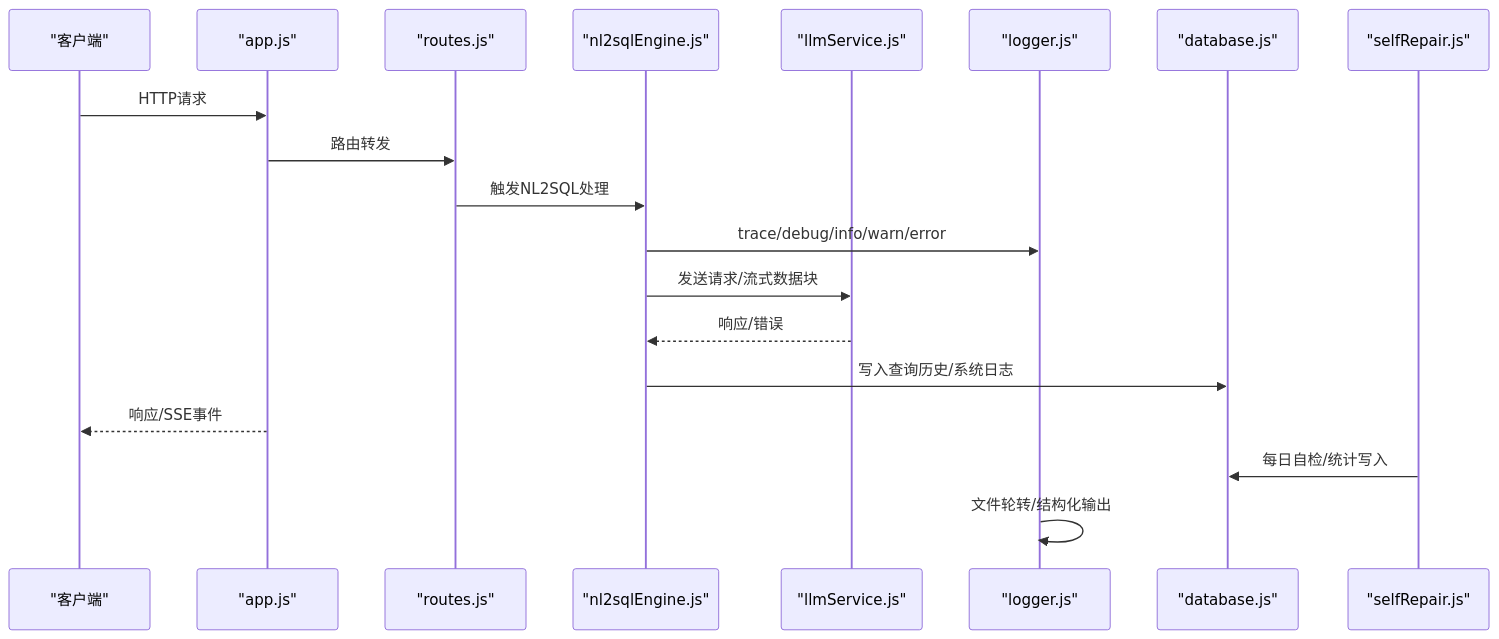
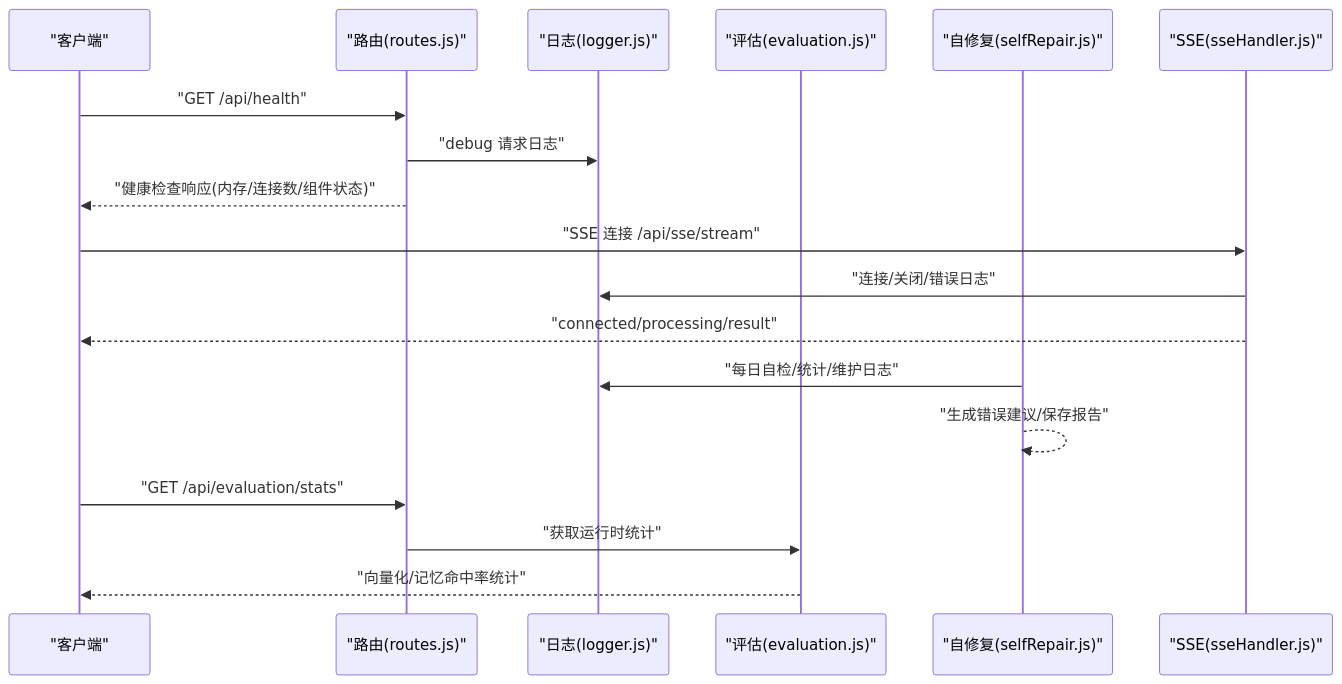
The second of 5 diagrams in NL2SQL/.qoder/repowiki/zh/content/部署与运维/监控与日志.md (HanHuiOnLine/724-office), drawn with Mermaid before and after one commit. The commit also changed other lines of this file and 203 other files, not shown here.

````diff
--- a/NL2SQL/.qoder/repowiki/zh/content/部署与运维/监控与日志.md
+++ b/NL2SQL/.qoder/repowiki/zh/content/部署与运维/监控与日志.md
@@ -133,21 +133,20 @@
 ```mermaid
 sequenceDiagram
 participant Client as "客户端"
-participant App as "app.js"
-participant Routes as "routes.js"
-participant Engine as "nl2sqlEngine.js"
-participant LLM as "llmService.js"
-participant Log as "logger.js"
-participant DB as "database.js"
-participant Self as "selfRepair.js"
-Client->>App : HTTP请求
-App->>Routes : 路由转发
-Routes->>Engine : 触发NL2SQL处理
-Engine->>Log : trace/debug/info/warn/error
-Engine->>LLM : 发送请求/流式数据块
-LLM-->>Engine : 响应/错误
-Engine->>DB : 写入查询历史/系统日志
-App-->>Client : 响应/SSE事件
-Self->>DB : 每日自检/统计写入
-Log->>Log : 文件轮转/结构化输出
+participant Routes as "路由(routes.js)"
+participant Logger as "日志(logger.js)"
+participant Eval as "评估(evaluation.js)"
+participant SelfRepair as "自修复(selfRepair.js)"
+participant SSE as "SSE(sseHandler.js)"
+Client->>Routes : "GET /api/health"
+Routes->>Logger : "debug 请求日志"
+Routes-->>Client : "健康检查响应(内存/连接数/组件状态)"
+Client->>SSE : "SSE 连接 /api/sse/stream"
+SSE->>Logger : "连接/关闭/错误日志"
+SSE-->>Client : "connected/processing/result"
+SelfRepair->>Logger : "每日自检/统计/维护日志"
+SelfRepair-->>SelfRepair : "生成错误建议/保存报告"
+Client->>Routes : "GET /api/evaluation/stats"
+Routes->>Eval : "获取运行时统计"
+Eval-->>Client : "向量化/记忆命中率统计"
 ```
````
